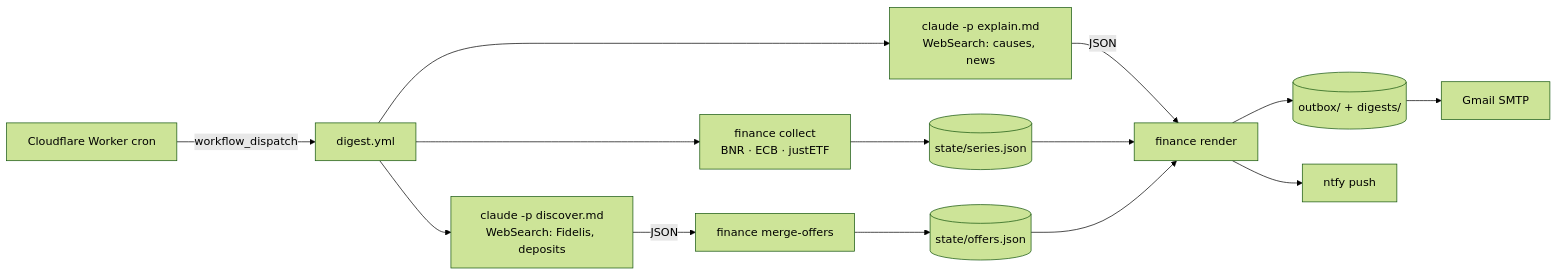
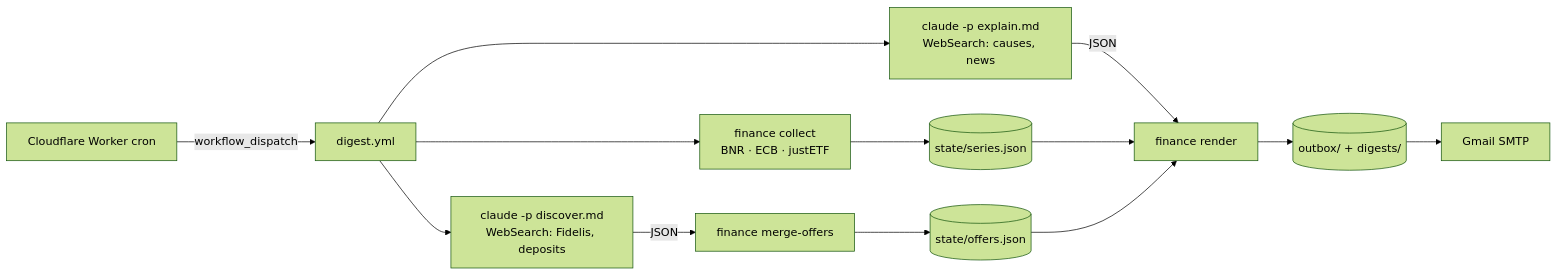
One commit to teodorio95-portofolio/finance-digest changed the diagram in README.md. Above: the diagram before and after it, drawn with Mermaid (forest theme). The commit also changed other lines of this file and 3 other files, not shown here.

First line of the commit message:
Drop the ntfy phone push; email is the only delivery channel (#3)

````diff
--- a/README.md
+++ b/README.md
@@ -9,16 +9,15 @@
 ```mermaid
 flowchart LR
   W[Cloudflare Worker cron] -->|workflow_dispatch| A[digest.yml]
   A --> C[finance collect<br>BNR · ECB · justETF]
   C --> S[(state/series.json)]
   A --> D[claude -p discover.md<br>WebSearch: Fidelis, deposits]
   D -->|JSON| M[finance merge-offers]
   M --> O[(state/offers.json)]
   A --> E[claude -p explain.md<br>WebSearch: causes, news]
   E -->|JSON| R[finance render]
   S --> R
   O --> R
   R --> Q[(outbox/ + digests/)]
   Q --> G[Gmail SMTP]
-  R --> N[ntfy push]
 ```
````
